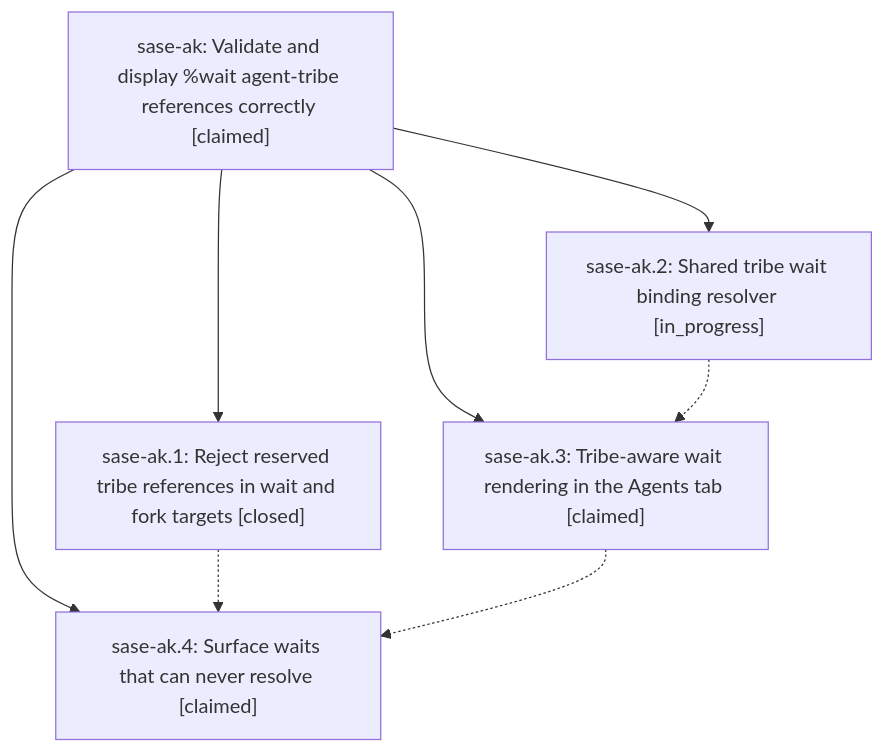
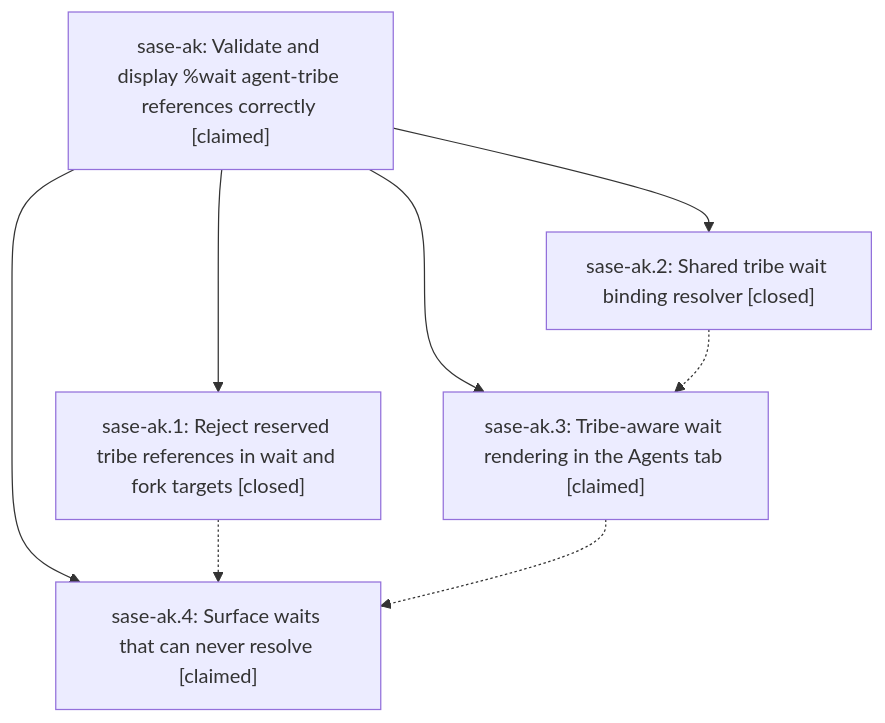
Before and after one commit to sase-org/sase--beads: the diagram in pages/sase-ak/README.md, drawn with Mermaid. The commit also changed other lines of this file and 2 other files, not shown here.

First line of the commit message:
Publish bead pages for sase-ak

````diff
--- a/pages/sase-ak/README.md
+++ b/pages/sase-ak/README.md
@@ -25,15 +25,15 @@
 ```mermaid
 flowchart TD
     n0["sase-ak: Validate and display %wait agent-tribe references correctly [claimed]"]
     n1["sase-ak.1: Reject reserved tribe references in wait and fork targets [closed]"]
-    n2["sase-ak.2: Shared tribe wait binding resolver [in_progress]"]
+    n2["sase-ak.2: Shared tribe wait binding resolver [closed]"]
     n3["sase-ak.3: Tribe-aware wait rendering in the Agents tab [claimed]"]
     n4["sase-ak.4: Surface waits that can never resolve [claimed]"]
     n0 --> n1
     n0 --> n2
     n0 --> n3
     n0 --> n4
     n1 -.-> n4
     n2 -.-> n3
     n3 -.-> n4
 ```
````
